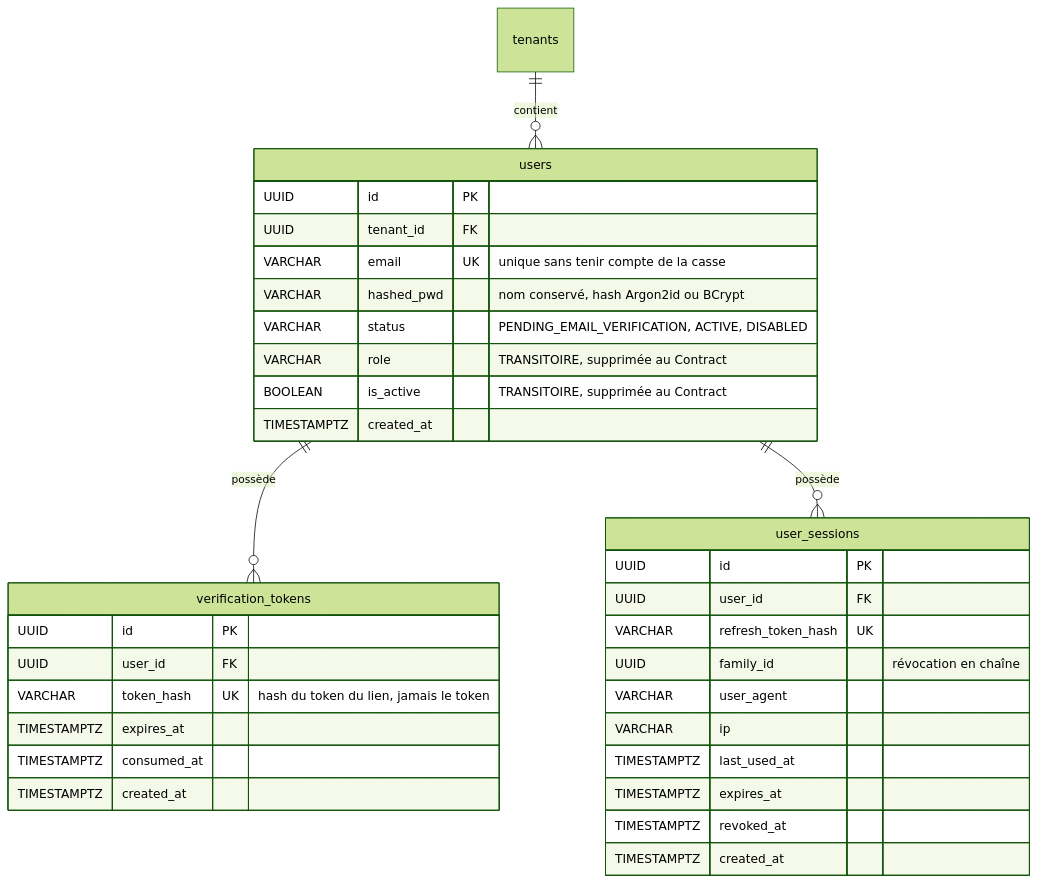
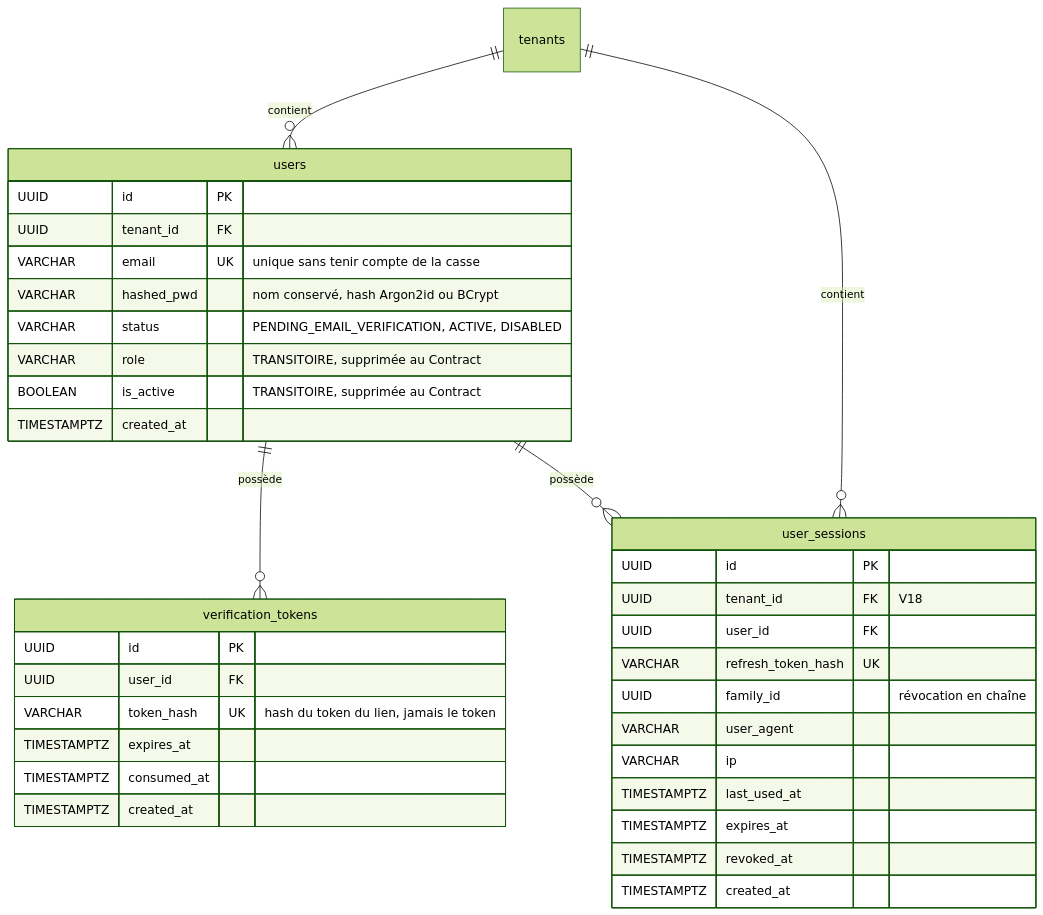
Before and after one commit to Franck1vlt/Parkyn: the second of 3 diagrams in docs/diagrams/schema-1a.md, drawn with Mermaid (forest theme). The commit also changed other lines of this file and 19 other files, not shown here.

````diff
--- a/docs/diagrams/schema-1a.md
+++ b/docs/diagrams/schema-1a.md
@@ -54,40 +54,42 @@
 ```mermaid
 erDiagram
 
     users {
         UUID id PK
         UUID tenant_id FK
         VARCHAR email UK "unique sans tenir compte de la casse"
         VARCHAR hashed_pwd "nom conservé, hash Argon2id ou BCrypt"
         VARCHAR status "PENDING_EMAIL_VERIFICATION, ACTIVE, DISABLED"
         VARCHAR role "TRANSITOIRE, supprimée au Contract"
         BOOLEAN is_active "TRANSITOIRE, supprimée au Contract"
         TIMESTAMPTZ created_at
     }
 
     verification_tokens {
         UUID id PK
         UUID user_id FK
         VARCHAR token_hash UK "hash du token du lien, jamais le token"
         TIMESTAMPTZ expires_at
         TIMESTAMPTZ consumed_at
         TIMESTAMPTZ created_at
     }
 
     user_sessions {
         UUID id PK
+        UUID tenant_id FK "V18"
         UUID user_id FK
         VARCHAR refresh_token_hash UK
         UUID family_id "révocation en chaîne"
         VARCHAR user_agent
         VARCHAR ip
         TIMESTAMPTZ last_used_at
         TIMESTAMPTZ expires_at
         TIMESTAMPTZ revoked_at
         TIMESTAMPTZ created_at
     }
 
     tenants ||--o{ users : "contient"
     users ||--o{ verification_tokens : "possède"
     users ||--o{ user_sessions : "possède"
+    tenants ||--o{ user_sessions : "contient"
 ```
````
